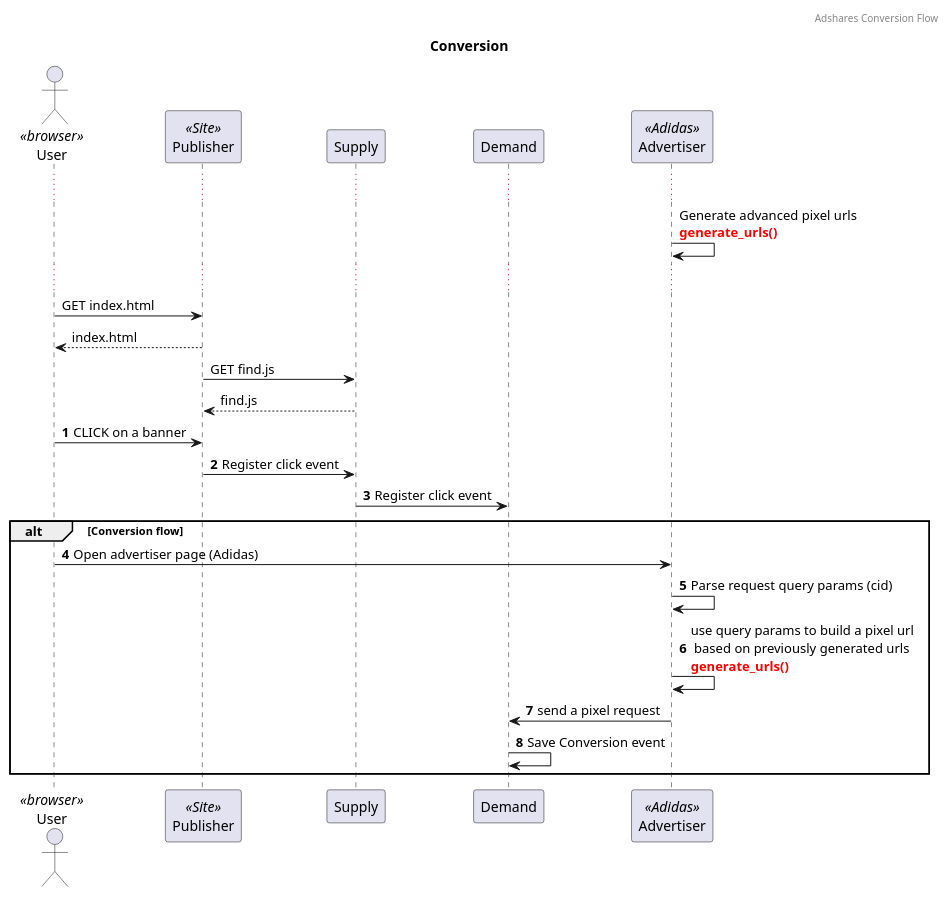
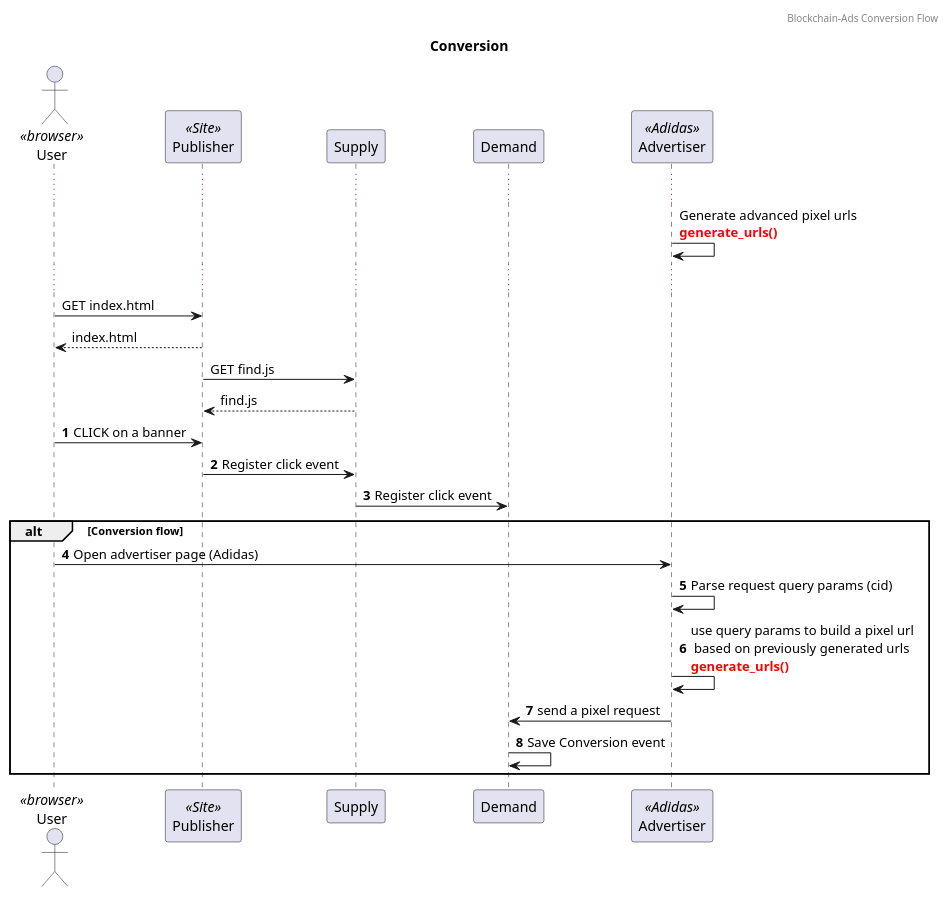
One commit to Blockchain-Ads/Ad-Server changed the diagram in docs/conversion_flow.puml. Above: the diagram before and after it, drawn with PlantUML. The commit also changed 793 other files, not shown here.

```diff
--- a/docs/conversion_flow.puml
+++ b/docs/conversion_flow.puml
@@ -1,39 +1,39 @@
 @startuml
 
-header Adshares Conversion Flow
+header Blockchain-Ads Conversion Flow
 title Conversion
 
 actor User << browser >>
 participant Publisher << Site >>
 participant Supply
 participant Demand
 participant Advertiser << Adidas >>
 
 ...
 Advertiser -> Advertiser: Generate advanced pixel urls \n<font color=red><b>generate_urls()
 ...
 
 User -> Publisher: GET index.html
 User <-- Publisher: index.html
 
 Publisher -> Supply: GET find.js
 Publisher <-- Supply: find.js
 
 
 autonumber
 User -> Publisher: CLICK on a banner
 
 Publisher -> Supply: Register click event
 Supply -> Demand: Register click event
 
 
 alt Conversion flow
 User -> Advertiser: Open advertiser page (Adidas)
 
 Advertiser -> Advertiser: Parse request query params (cid)
 Advertiser -> Advertiser: use query params to build a pixel url \n based on previously generated urls\n<font color=red><b>generate_urls()
 Advertiser -> Demand: send a pixel request
 
 Demand -> Demand: Save Conversion event
 end
 @enduml
```
